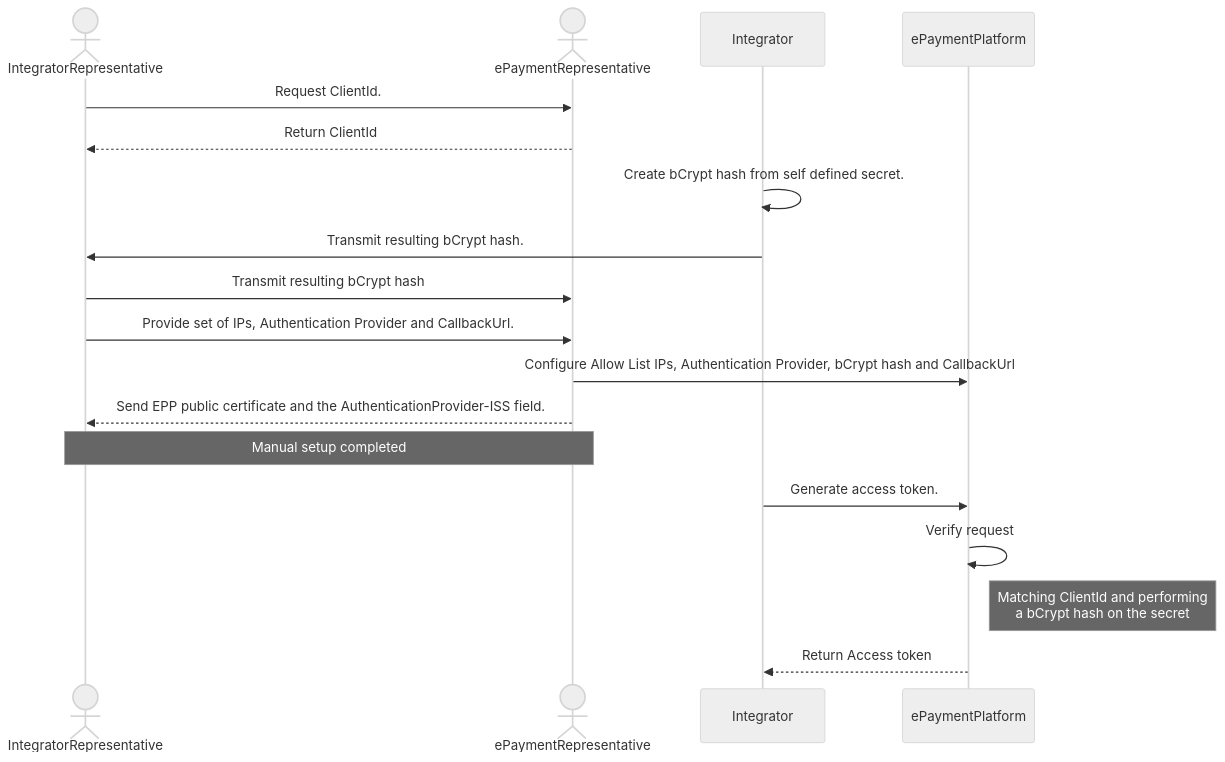
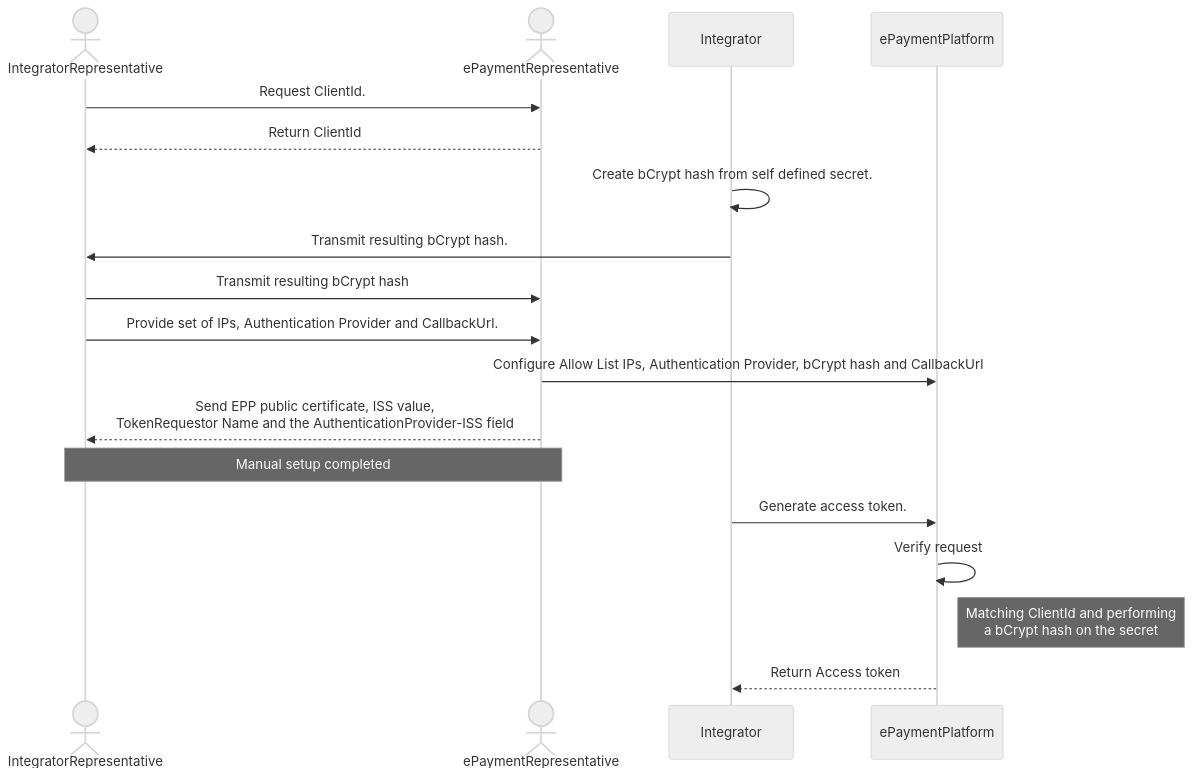
Before and after one commit to BankAxept/bankaxept-epayment-development-kit: the first of 2 diagrams in docs/getting_started.md, drawn with Mermaid (neutral theme). The commit also changed 1 other file, not shown here.

Commit message:
Mermaid relation fix

````diff
--- a/docs/getting_started.md
+++ b/docs/getting_started.md
@@ -63,25 +63,25 @@
 ```mermaid
 sequenceDiagram
     actor IntegratorRepresentative
     actor ePaymentRepresentative
     participant Integrator
     participant ePaymentPlatform
     
     IntegratorRepresentative ->> ePaymentRepresentative: Request ClientId.
     ePaymentRepresentative -->> IntegratorRepresentative: Return ClientId
 
     Integrator ->> Integrator: Create bCrypt hash from self defined secret.
     Integrator ->> IntegratorRepresentative: Transmit resulting bCrypt hash.
     IntegratorRepresentative ->> ePaymentRepresentative: Transmit resulting bCrypt hash
 
     IntegratorRepresentative ->> ePaymentRepresentative: Provide set of IPs, Authentication Provider and CallbackUrl.
     ePaymentRepresentative ->> ePaymentPlatform: Configure Allow List IPs, Authentication Provider, bCrypt hash and CallbackUrl
-    ePaymentRepresentative -->> IntegratorRepresentative: Send EPP public certificate and the AuthenticationProvider-ISS field.
+    ePaymentRepresentative -->> IntegratorRepresentative: Send EPP public certificate, ISS value, <br/> TokenRequestor Name and the AuthenticationProvider-ISS field
     
     Note over IntegratorRepresentative,ePaymentRepresentative: Manual setup completed
     
     Integrator ->> ePaymentPlatform: Generate access token.
     ePaymentPlatform ->> ePaymentPlatform: Verify request 
     Note right of ePaymentPlatform: Matching ClientId and performing <br/> a bCrypt hash on the secret
     ePaymentPlatform -->> Integrator: Return Access token
 ```
````
